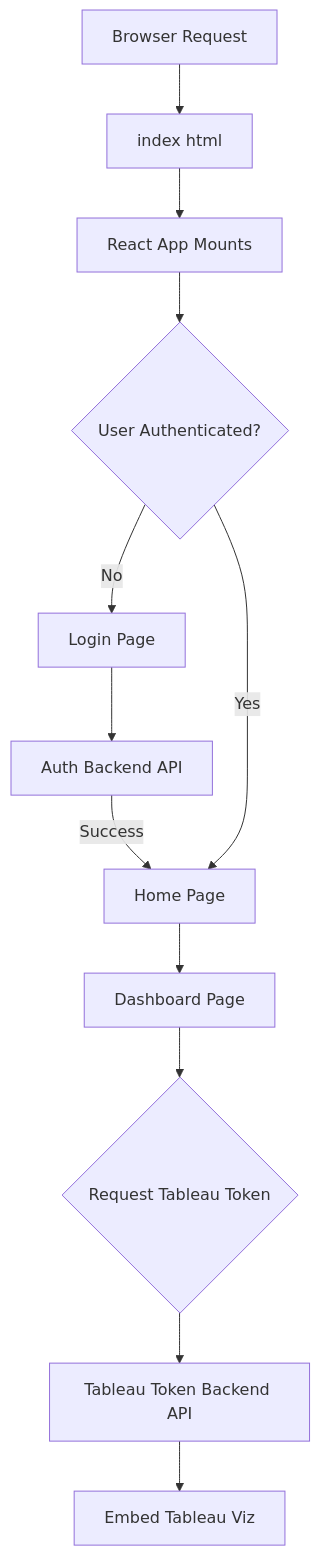
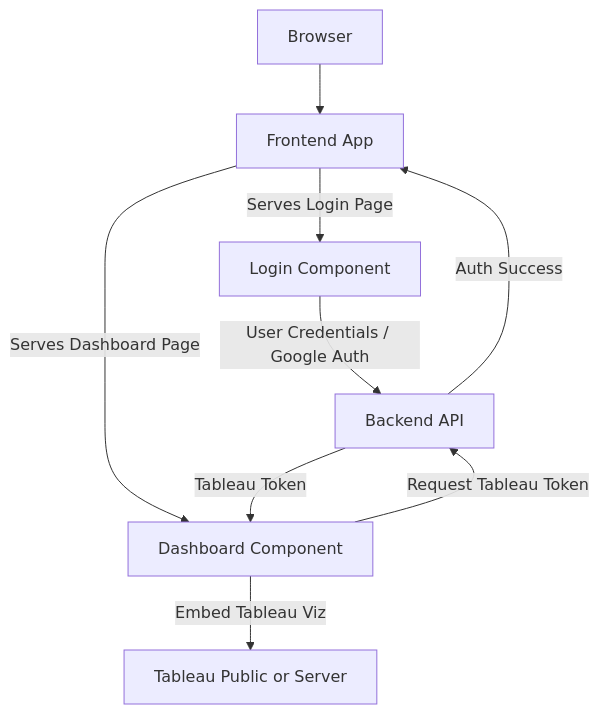
The diagram in docs/REPOSITORY_OVERVIEW.md (test-company-prowiz/tableau-frontend), drawn with Mermaid before and after one commit. The commit also changed other lines of this file, not shown here.

````diff
--- a/docs/REPOSITORY_OVERVIEW.md
+++ b/docs/REPOSITORY_OVERVIEW.md
@@ -66,14 +50,11 @@
 ```mermaid
 graph TD
-A[Browser Request] --> B[index html]
-B --> C[React App Mounts]
-C --> D{User Authenticated?}
-D -- No --> E[Login Page]
-E --> F[Auth Backend API]
-F -- Success --> G[Home Page]
-D -- Yes --> G
-G --> H[Dashboard Page]
-H --> I{Request Tableau Token}
-I --> J[Tableau Token Backend API]
-J --> K[Embed Tableau Viz]
+A[Browser] --> B[Frontend App]
+B -- Serves Login Page --> C[Login Component]
+C -- User Credentials / Google Auth --> D[Backend API]
+D -- Auth Success --> B
+B -- Serves Dashboard Page --> E[Dashboard Component]
+E -- Request Tableau Token --> D
+D -- Tableau Token --> E
+E -- Embed Tableau Viz --> F[Tableau Public or Server]
 ```
````
